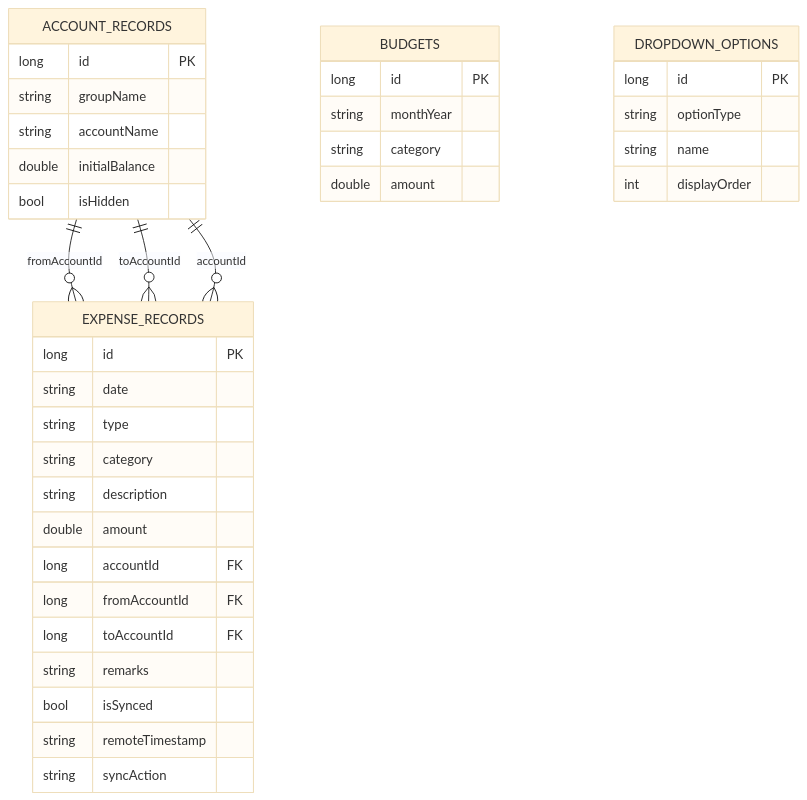
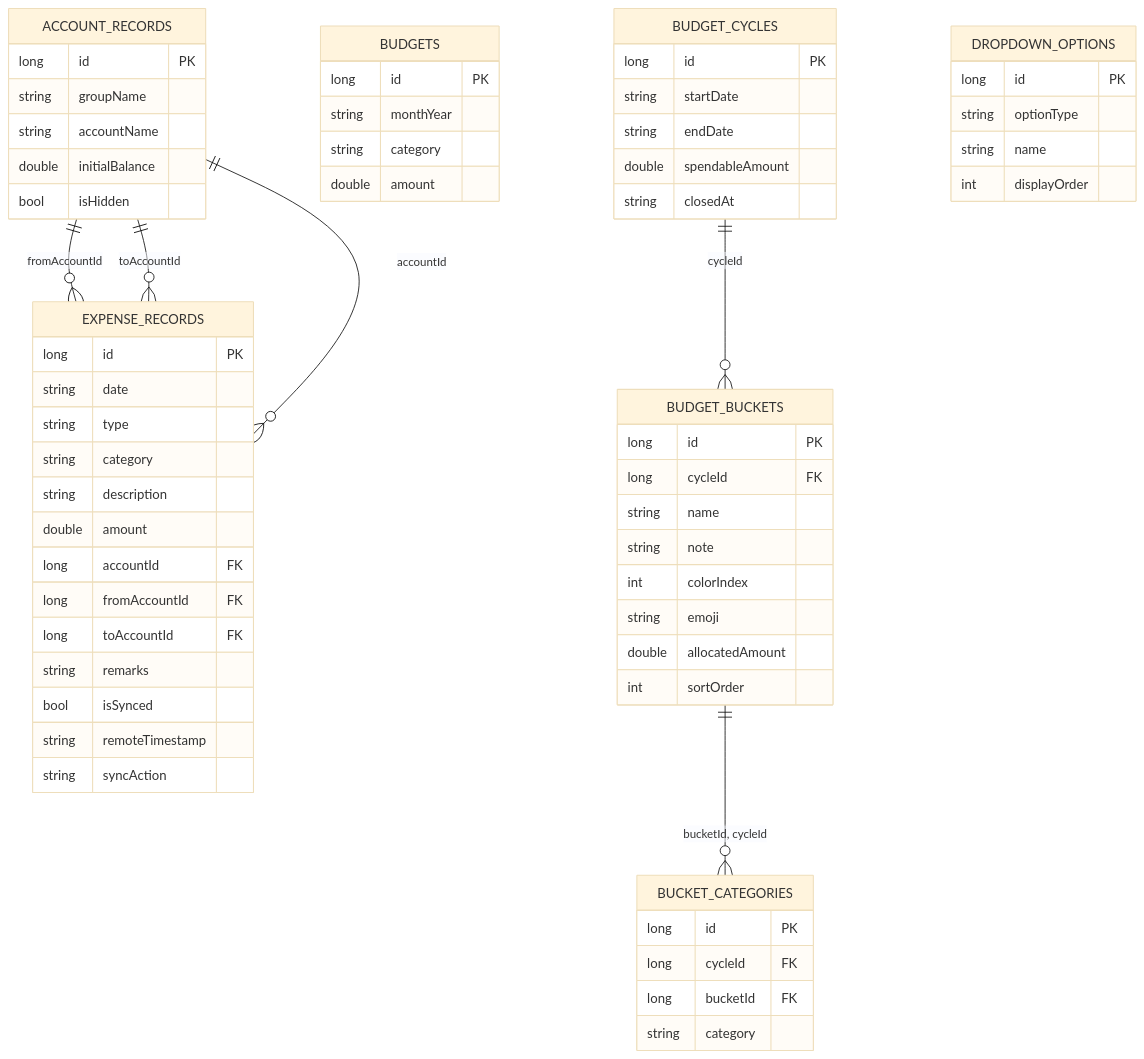
Before and after one commit to issaczerubbabela/L-Edgar: the fourth of 5 diagrams in docs/ARCHITECTURE.md, drawn with Mermaid (base theme). The commit also changed other lines of this file and 13 other files, not shown here.

First line of the commit message:
Add the salary-cycle bucket tables and migrate old budgets into them

````diff
--- a/docs/ARCHITECTURE.md
+++ b/docs/ARCHITECTURE.md
@@ -161,44 +161,73 @@
 ```mermaid
 erDiagram
     ACCOUNT_RECORDS ||--o{ EXPENSE_RECORDS : fromAccountId
     ACCOUNT_RECORDS ||--o{ EXPENSE_RECORDS : toAccountId
     ACCOUNT_RECORDS ||--o{ EXPENSE_RECORDS : accountId
 
     ACCOUNT_RECORDS {
         long id PK
         string groupName
         string accountName
         double initialBalance
         bool isHidden
     }
 
     EXPENSE_RECORDS {
         long id PK
         string date
         string type
         string category
         string description
         double amount
         long accountId FK
         long fromAccountId FK
         long toAccountId FK
         string remarks
         bool isSynced
         string remoteTimestamp
         string syncAction
     }
 
     BUDGETS {
         long id PK
         string monthYear
         string category
         double amount
     }
 
+    BUDGET_CYCLES ||--o{ BUDGET_BUCKETS : cycleId
+    BUDGET_BUCKETS ||--o{ BUCKET_CATEGORIES : "bucketId, cycleId"
+
+    BUDGET_CYCLES {
+        long id PK
+        string startDate
+        string endDate
+        double spendableAmount
+        string closedAt
+    }
+
+    BUDGET_BUCKETS {
+        long id PK
+        long cycleId FK
+        string name
+        string note
+        int colorIndex
+        string emoji
+        double allocatedAmount
+        int sortOrder
+    }
+
+    BUCKET_CATEGORIES {
+        long id PK
+        long cycleId FK
+        long bucketId FK
+        string category
+    }
+
     DROPDOWN_OPTIONS {
         long id PK
         string optionType
         string name
         int displayOrder
     }
 ```
````
